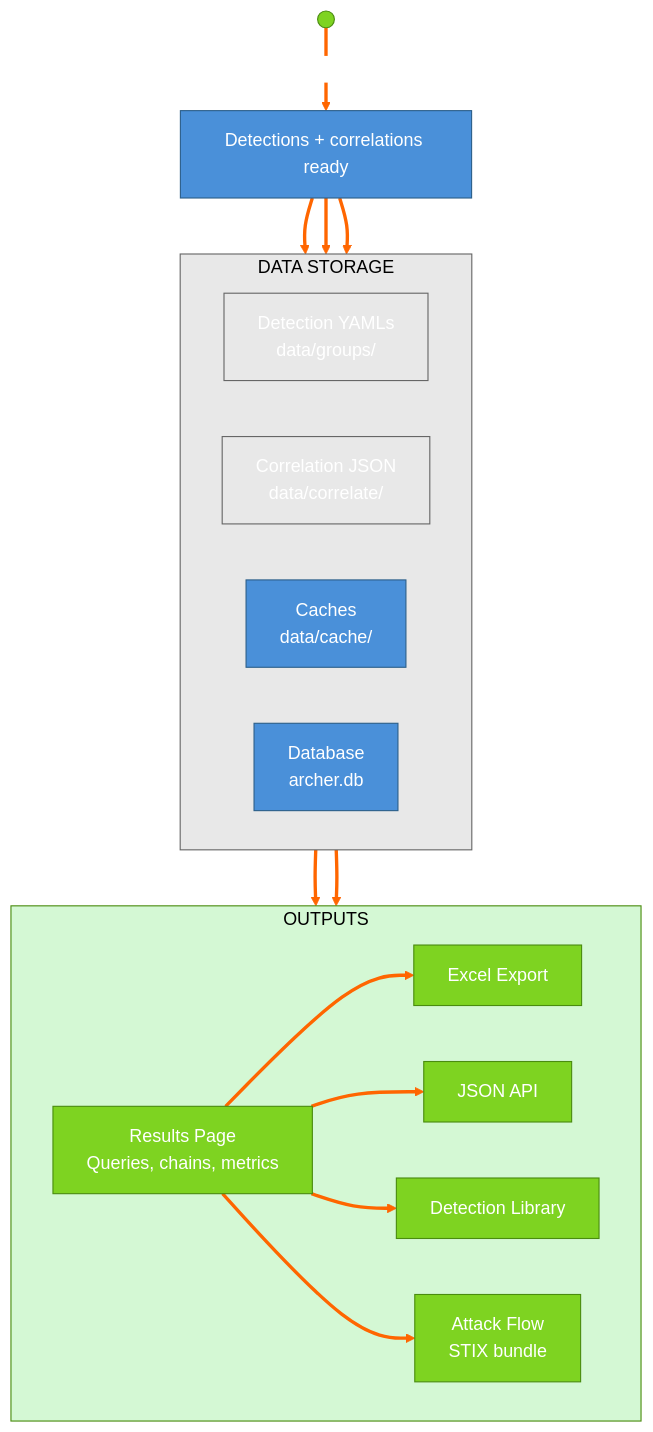
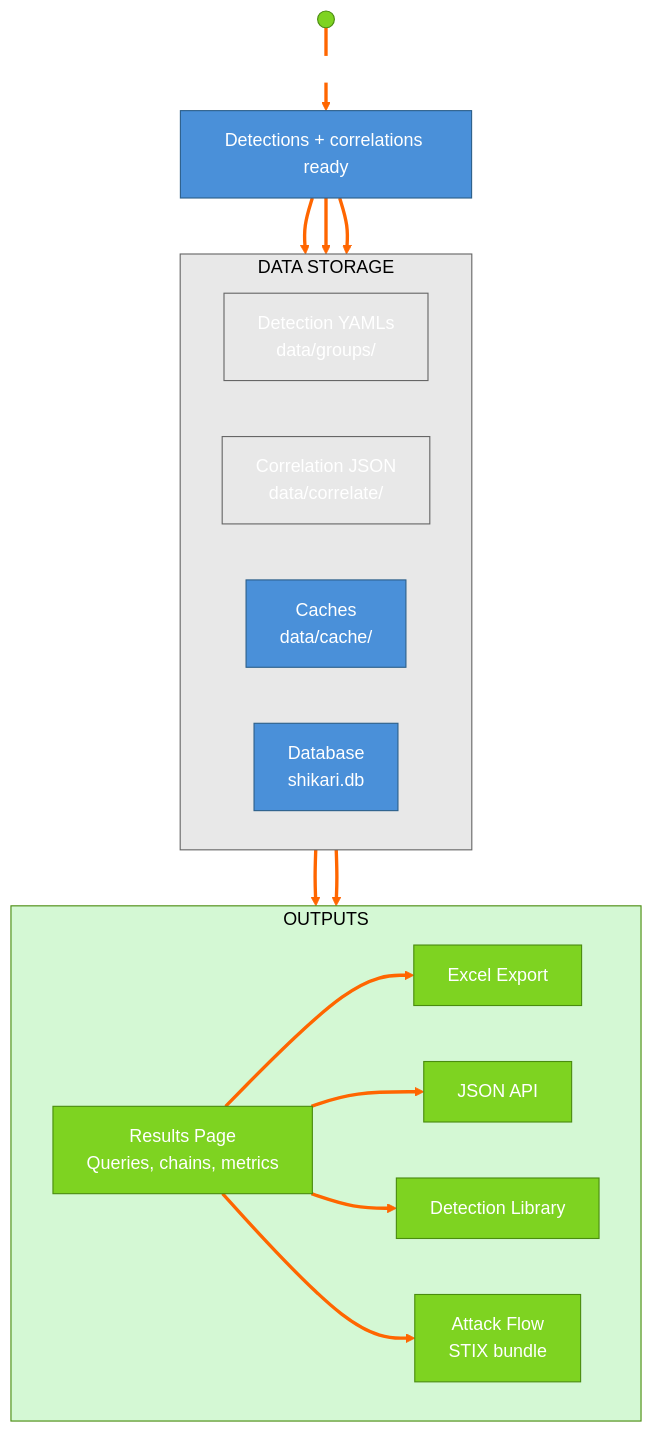
The third of 15 diagrams in docs/architecture/mermaid/MERMAID_DIAGRAMS.md (cmdaltr/shikari), drawn with Mermaid before and after one commit. The commit also changed other lines of this file and 1000 other files, not shown here.

First line of the commit message:
refactor(brand): rename archer -> shikari and rebrand the UI

````diff
--- a/docs/architecture/mermaid/MERMAID_DIAGRAMS.md
+++ b/docs/architecture/mermaid/MERMAID_DIAGRAMS.md
@@ -155,40 +155,40 @@
 ```mermaid
 %%{init: {'theme': 'base', 'themeVariables': {'lineColor': '#ff6600', 'edgeLabelBackground': '#ffffff', 'primaryColor': '#4a90d9', 'primaryTextColor': '#ffffff', 'primaryBorderColor': '#2c5f8a', 'secondaryColor': '#e8e8e8', 'tertiaryColor': '#f5f5f5', 'clusterBkg': '#f0f0f0', 'clusterBorder': '#999999', 'titleColor': '#000000', 'nodeTextColor': '#000000', 'background': '#ffffff'}}}%%
 flowchart TD
     FROM_B((" ")) ==>|"From Part B"| READY["Detections + correlations ready"]
 
     subgraph STORAGE ["DATA STORAGE"]
         direction LR
         YAMLS["Detection YAMLs<br/>data/groups/"]
         CORR_F["Correlation JSON<br/>data/correlate/"]
         CACHE["Caches<br/>data/cache/"]
-        DB["Database<br/>archer.db"]
+        DB["Database<br/>shikari.db"]
     end
 
     subgraph OUTPUTS ["OUTPUTS"]
         direction LR
         RESULTS["Results Page<br/>Queries, chains, metrics"]
         XLSX["Excel Export"]
         FLOW_O["Attack Flow<br/>STIX bundle"]
         JSON_O["JSON API"]
         LIBRARY["Detection Library"]
     end
 
     READY --> YAMLS & CORR_F
     READY --> CACHE
     YAMLS & CORR_F --> RESULTS
     RESULTS --> XLSX & JSON_O & LIBRARY
     RESULTS --> FLOW_O
 
     style FROM_B fill:#7ed321,stroke:#4a8c0f,color:#fff
     style STORAGE fill:#e8e8e8,stroke:#666
     style OUTPUTS fill:#d4f8d4,stroke:#4a8c0f
     style RESULTS fill:#7ed321,stroke:#4a8c0f,color:#fff
     style XLSX fill:#7ed321,stroke:#4a8c0f,color:#fff
     style FLOW_O fill:#7ed321,stroke:#4a8c0f,color:#fff
     style JSON_O fill:#7ed321,stroke:#4a8c0f,color:#fff
     style LIBRARY fill:#7ed321,stroke:#4a8c0f,color:#fff
     style YAMLS fill:#e8e8e8,stroke:#666
     style CORR_F fill:#e8e8e8,stroke:#666
     linkStyle default stroke:#ff6600,stroke-width:3px
 ```
````
